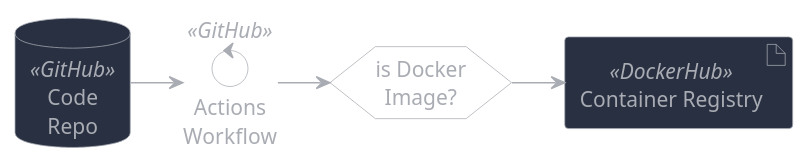
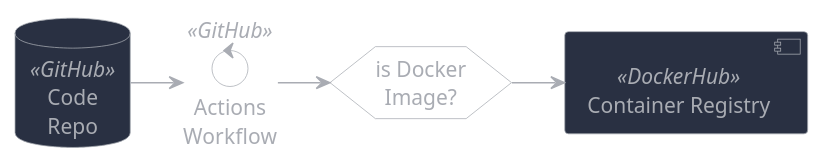
Before and after one commit to sommerfeld-io/website: the diagram in docs/modules/ROOT/pages/development/tools.adoc, drawn with PlantUML. The commit also changed 1 other file, not shown here.

Commit message:
dockerhub docs based on inline docs from dockerfile

```diff
--- a/docs/modules/ROOT/pages/development/tools.adoc
+++ b/docs/modules/ROOT/pages/development/tools.adoc
@@ -15,54 +15,54 @@
 [plantuml, puml-build-image, svg]
 ----
 @startuml
 
 'skinparam linetype ortho
 skinparam monochrome false
 skinparam componentStyle uml2
 skinparam backgroundColor transparent
 'skinparam backgroundColor #202634
 skinparam ArrowColor #a9acb3
 skinparam NoteBorderColor #a9acb3
 skinparam NoteFontColor #a9acb3
 skinparam NoteBackgroundColor transparent
 skinparam ComponentBorderColor #a9acb3
 skinparam ComponentBackgroundColor #293042
 skinparam ComponentFontColor #a9acb3
 skinparam DatabaseBorderColor #a9acb3
 skinparam DatabaseBackgroundColor #293042
 skinparam DatabaseFontColor #a9acb3
 skinparam FileBorderColor #a9acb3
 skinparam FileBackgroundColor #293042
 skinparam FileFontColor #a9acb3
 skinparam ControlBorderColor #a9acb3
 skinparam ControlBackgroundColor #293042
 skinparam ControlFontColor #a9acb3
 skinparam RectangleBackgroundColor transparent
 skinparam RectangleBorderColor #a9acb3
 skinparam RectangleFontColor #a9acb3
 skinparam ControlBackgroundColor transparent
 skinparam ControlBorderColor #a9acb3
 skinparam ControlFontColor #a9acb3
 skinparam HexagonBackgroundColor transparent
 skinparam HexagonBorderColor #a9acb3
 skinparam HexagonFontColor #a9acb3
 skinparam ArtifactBackgroundColor #293042
 skinparam ArtifactBorderColor #a9acb3
 skinparam ArtifactFontColor #a9acb3
 skinparam defaultTextAlignment center
 skinparam activity {
 FontName Ubuntu
 }
 
 database repo as "Code\nRepo" <<GitHub>>
 control actions as "Actions\nWorkflow" <<GitHub>>
 repo -> actions
 
 hexagon isDocker as "is Docker\nImage?"
 actions -> isDocker
 
-artifact dockerhub as "Container Registry" <<DockerHub>>
+component dockerhub as "Container Registry" <<DockerHub>>
 isDocker -right-> dockerhub
 
 @enduml
 ----
```
